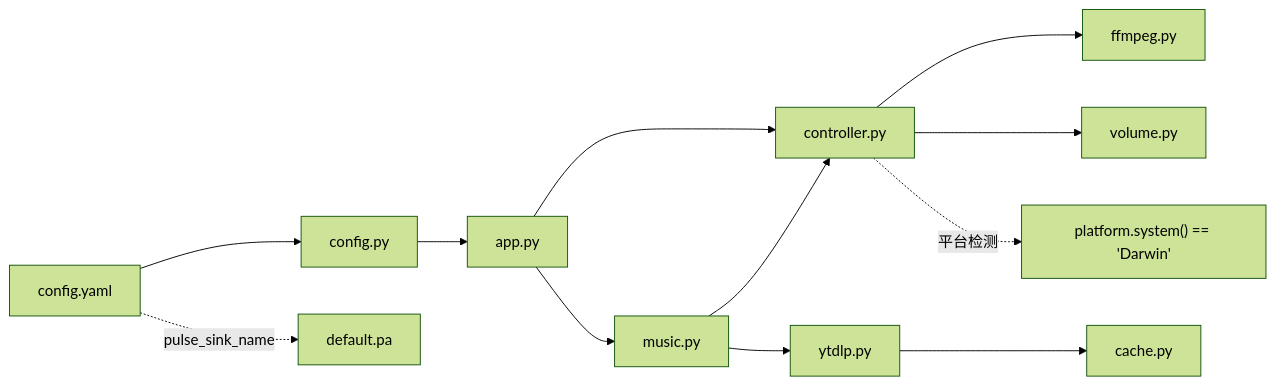
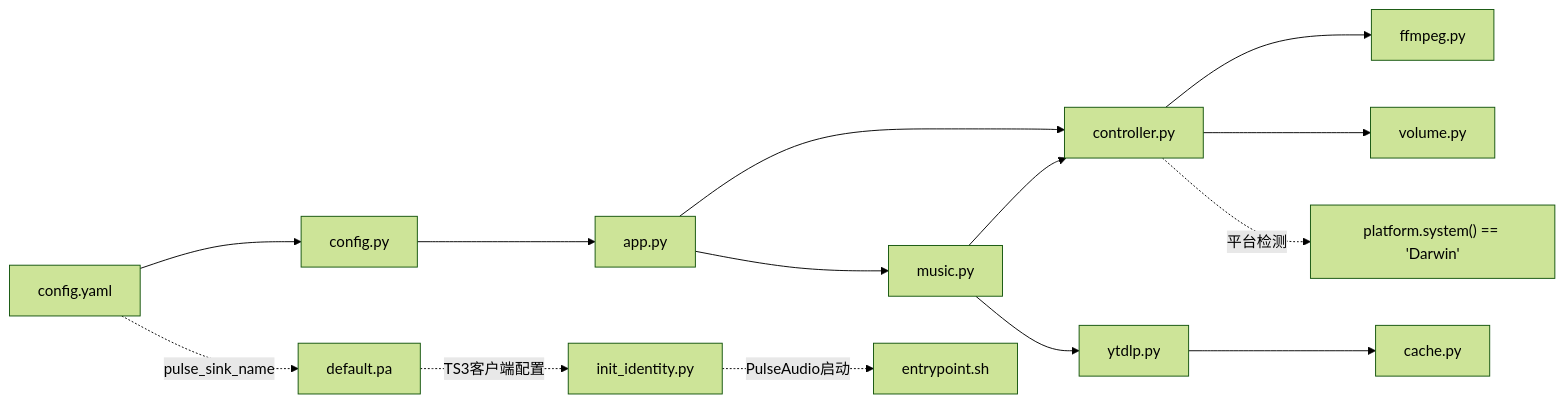
Before and after one commit to GhoulOwl/Teamspeak3_Bot: diagram 11 of 11 in .qoder/repowiki/zh/content/音乐播放系统/音频控制器.md, drawn with Mermaid (forest theme). The commit also changed other lines of this file and 6 other files, not shown here.

````diff
--- a/.qoder/repowiki/zh/content/音乐播放系统/音频控制器.md
+++ b/.qoder/repowiki/zh/content/音乐播放系统/音频控制器.md
@@ -516,14 +618,16 @@
 ```mermaid
 graph LR
 CFG["config.py"] --> APP["app.py"]
 YAML["config.yaml"] --> CFG
 APP --> AC["controller.py"]
 AC --> FFM["ffmpeg.py"]
 AC --> VOL["volume.py"]
 APP --> CMD["music.py"]
 CMD --> AC
 CMD --> YTDL["ytdlp.py"]
 YTDL --> CACHE["cache.py"]
 AC -.->|"平台检测"| PLATFORM["platform.system() == 'Darwin'"]
 YAML -.->|"pulse_sink_name"| PA["default.pa"]
+PA -.->|"TS3客户端配置"| TS3["init_identity.py"]
+TS3 -.->|"PulseAudio启动"| ENTRY["entrypoint.sh"]
 ```
````
